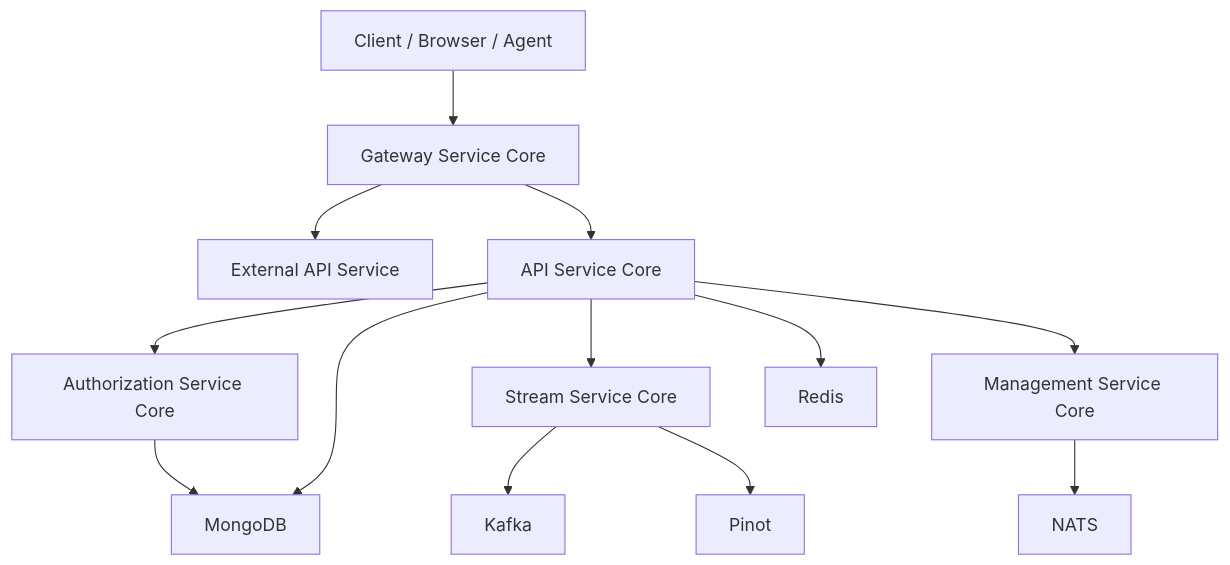
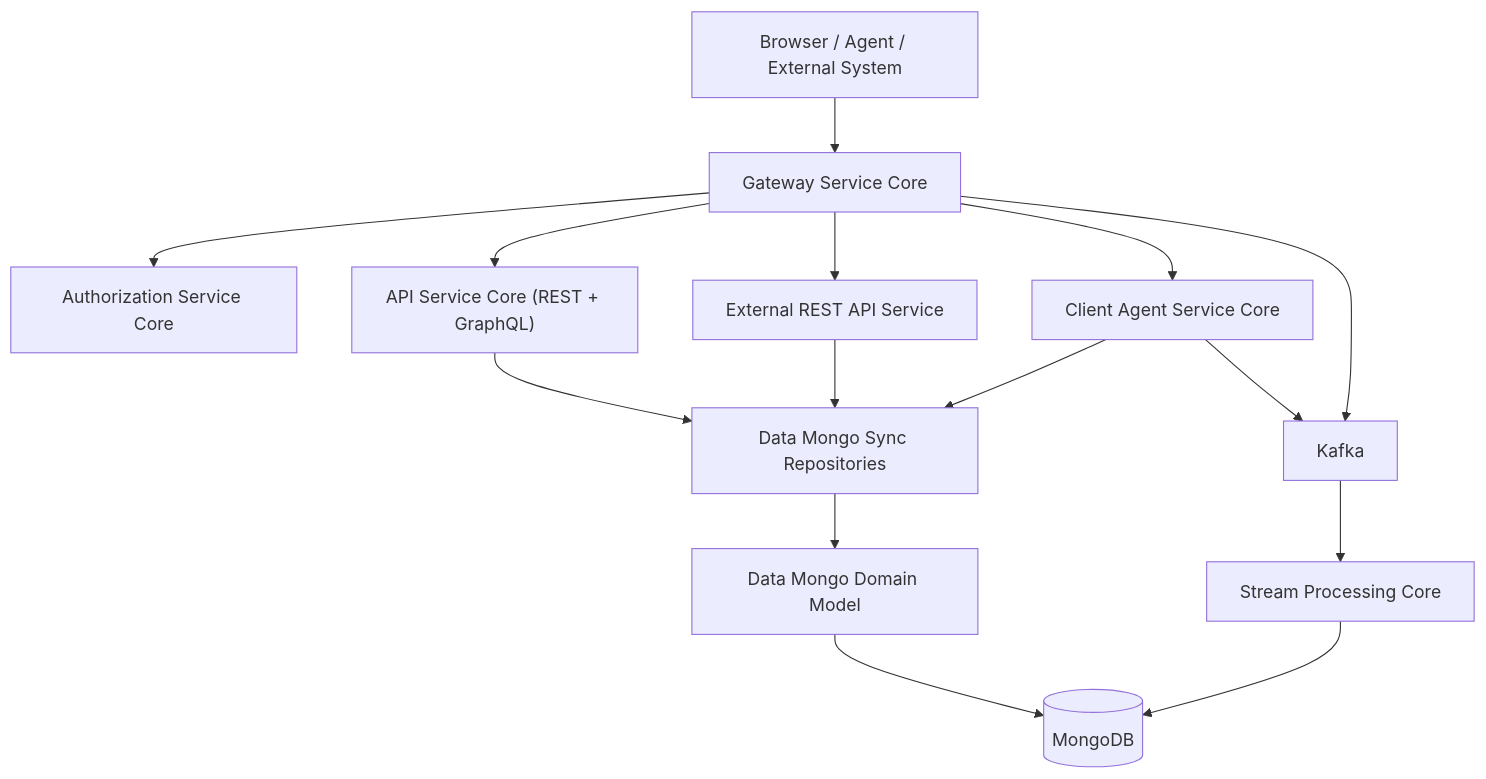
Before and after one commit to flamingo-stack/openframe-oss-lib: the first of 8 diagrams in docs/reference/architecture/README.md, drawn with Mermaid. The commit also changed other lines of this file and 1809 other files, not shown here.

````diff
--- a/docs/reference/architecture/README.md
+++ b/docs/reference/architecture/README.md
@@ -29,17 +24,21 @@
 ```mermaid
 flowchart TD
-    Client["Client / Browser / Agent"] --> Gateway["Gateway Service Core"]
-    Gateway --> ExternalAPI["External API Service"]
-    Gateway --> ApiCore["API Service Core"]
+    Client["Browser / Agent / External System"] --> Gateway["Gateway Service Core"]
 
-    ApiCore --> Authz["Authorization Service Core"]
-    ApiCore --> Stream["Stream Service Core"]
-    ApiCore --> Management["Management Service Core"]
+    Gateway --> Authz["Authorization Service Core"]
+    Gateway --> Api["API Service Core (REST + GraphQL)"]
+    Gateway --> ExternalApi["External REST API Service"]
+    Gateway --> ClientAgent["Client Agent Service Core"]
 
-    Authz --> Mongo["MongoDB"]
-    ApiCore --> Mongo
-    Stream --> Kafka["Kafka"]
-    Stream --> Pinot["Pinot"]
-    ApiCore --> Redis["Redis"]
-    Management --> NATS["NATS"]
+    Api --> Repos["Data Mongo Sync Repositories"]
+    ExternalApi --> Repos
+    ClientAgent --> Repos
+
+    Repos --> Domain["Data Mongo Domain Model"]
+    Domain --> Mongo[("MongoDB")]
+
+    ClientAgent --> Kafka["Kafka"]
+    Gateway --> Kafka
+    Kafka --> Stream["Stream Processing Core"]
+    Stream --> Mongo
 ```
````
